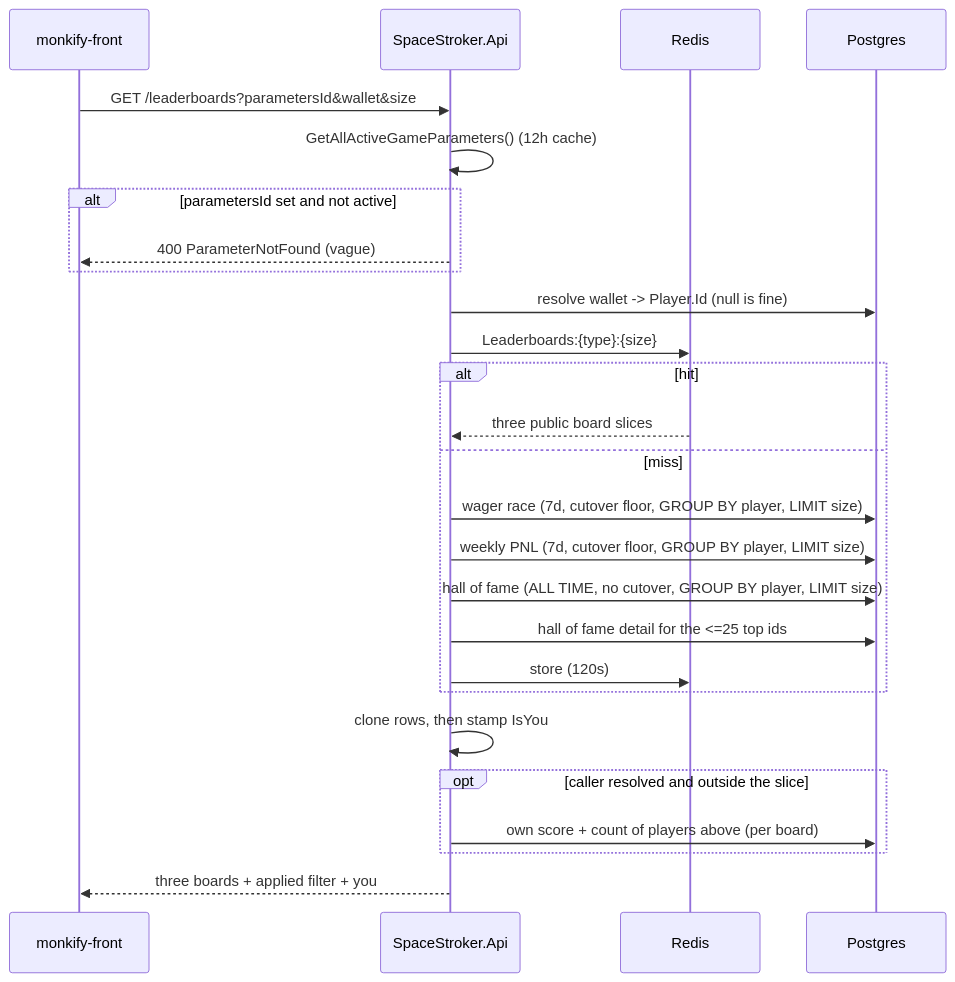
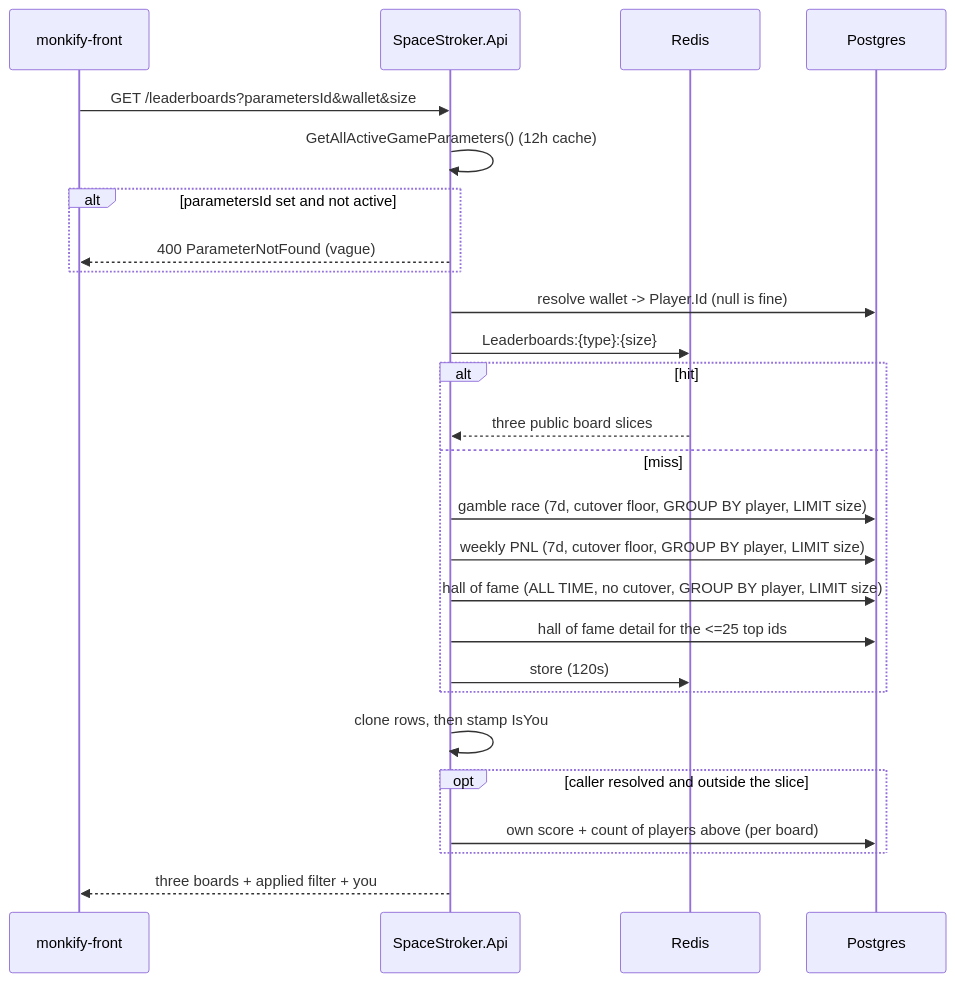
One commit to marcusruas/monkify-meta changed the diagram in specs/leaderboards.md. Above: the diagram before and after it, drawn with Mermaid. The commit also changed other lines of this file, not shown here.

First line of the commit message:
Rename "wager" to "gamble" across the leaderboards.

````diff
--- a/specs/leaderboards.md
+++ b/specs/leaderboards.md
@@ -714,29 +714,29 @@
 ```mermaid
 sequenceDiagram
     participant SPA as monkify-front
     participant API as SpaceStroker.Api
     participant R as Redis
     participant PG as Postgres
 
     SPA->>API: GET /leaderboards?parametersId&wallet&size
     API->>API: GetAllActiveGameParameters() (12h cache)
     alt parametersId set and not active
         API-->>SPA: 400 ParameterNotFound (vague)
     end
     API->>PG: resolve wallet -> Player.Id (null is fine)
     API->>R: Leaderboards:{type}:{size}
     alt hit
         R-->>API: three public board slices
     else miss
-        API->>PG: wager race  (7d, cutover floor, GROUP BY player, LIMIT size)
+        API->>PG: gamble race  (7d, cutover floor, GROUP BY player, LIMIT size)
         API->>PG: weekly PNL  (7d, cutover floor, GROUP BY player, LIMIT size)
         API->>PG: hall of fame (ALL TIME, no cutover, GROUP BY player, LIMIT size)
         API->>PG: hall of fame detail for the <=25 top ids
         API->>R: store (120s)
     end
     API->>API: clone rows, then stamp IsYou
     opt caller resolved and outside the slice
         API->>PG: own score + count of players above (per board)
     end
     API-->>SPA: three boards + applied filter + you
 ```
````
